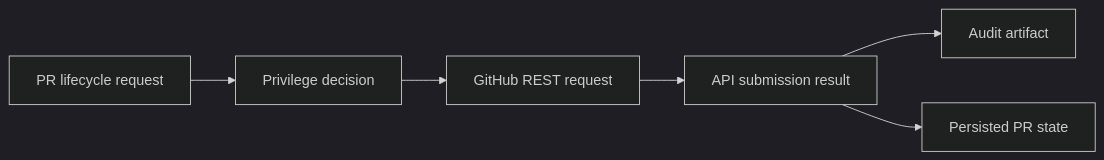
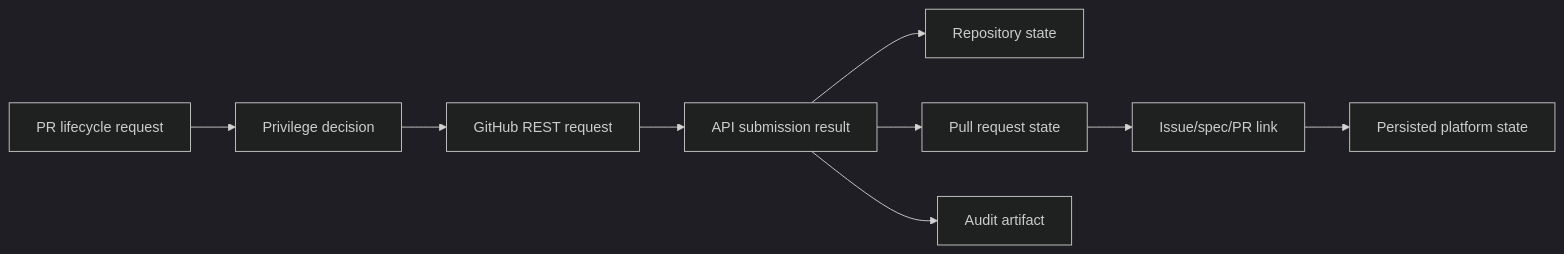
One commit to VannaDii/ironloom changed the diagram in packages/github/README.md. Above: the diagram before and after it, drawn with Mermaid (dark theme). The commit also changed other lines of this file and 13 other files, not shown here.

````diff
--- a/packages/github/README.md
+++ b/packages/github/README.md
@@ -13,8 +13,11 @@
 ```mermaid
 flowchart LR
   PR[PR lifecycle request] --> Policy[Privilege decision]
   Policy --> Request[GitHub REST request]
   Request --> Submit[API submission result]
+  Submit --> Repo[Repository state]
+  Submit --> State[Pull request state]
+  State --> Link[Issue/spec/PR link]
+  Link --> Storage[Persisted platform state]
   Submit --> Artifact[Audit artifact]
-  Submit --> Storage[Persisted PR state]
 ```
````
